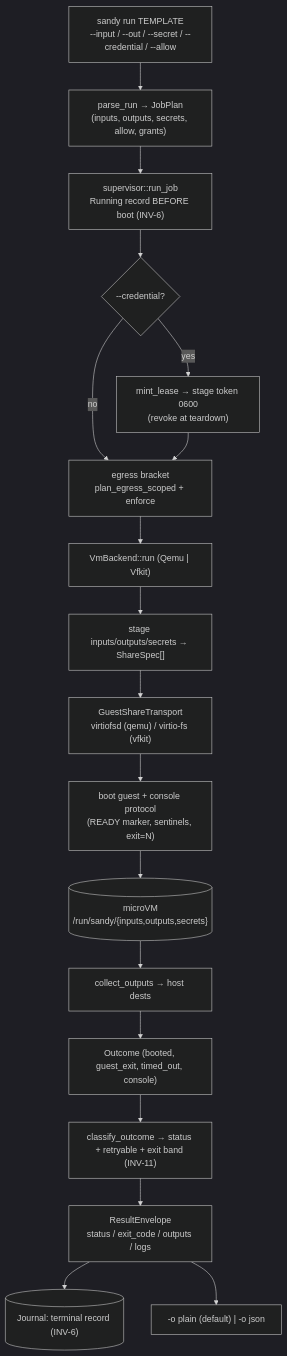
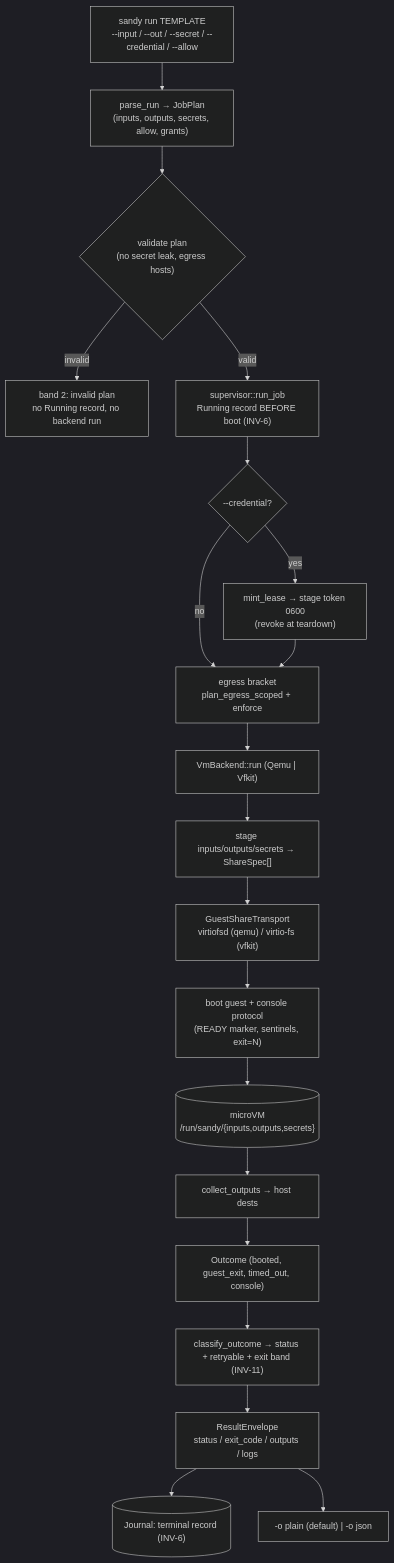
One commit to kauki-labs/sandy changed the first of 3 diagrams in docs/architecture/overview.md. Above: the diagram before and after it, drawn with Mermaid (dark theme). The commit also changed 1 other file, not shown here.

Commit message:
docs: show the invalid-plan validation gate in the run-pipeline diagram
run_job_core validates the plan (no-secret-leak, egress hosts) before
writing the Running record, returning band 2 with no journal record
and no backend run on failure. The diagram jumped straight from
parse_run to the Running record, skipping this gate entirely. Fixed
in both the README's copy and the original in overview.md.

````diff
--- a/docs/architecture/overview.md
+++ b/docs/architecture/overview.md
@@ -26,21 +26,23 @@
 ```mermaid
 flowchart TD
   cli["sandy run TEMPLATE<br/>--input / --out / --secret / --credential / --allow"]
   cli --> plan["parse_run → JobPlan<br/>(inputs, outputs, secrets, allow, grants)"]
-  plan --> sup["supervisor::run_job<br/>Running record BEFORE boot (INV-6)"]
+  plan --> validate{"validate plan<br/>(no secret leak, egress hosts)"}
+  validate -- invalid --> band2["band 2: invalid plan<br/>no Running record, no backend run"]
+  validate -- valid --> sup["supervisor::run_job<br/>Running record BEFORE boot (INV-6)"]
   sup --> cred{"--credential?"}
   cred -- yes --> mint["mint_lease → stage token 0600<br/>(revoke at teardown)"]
   cred -- no --> egress
   mint --> egress["egress bracket<br/>plan_egress_scoped + enforce"]
   egress --> run["VmBackend::run (Qemu | Vfkit)"]
   run --> stage["stage inputs/outputs/secrets → ShareSpec[]"]
   stage --> xport["GuestShareTransport<br/>virtiofsd (qemu) / virtio-fs (vfkit)"]
   xport --> boot["boot guest + console protocol<br/>(READY marker, sentinels, exit=N)"]
   boot --> guest[("microVM<br/>/run/sandy/{inputs,outputs,secrets}")]
   guest --> collect["collect_outputs → host dests"]
   collect --> outcome["Outcome (booted, guest_exit, timed_out, console)"]
   outcome --> classify["classify_outcome → status + retryable + exit band (INV-11)"]
   classify --> env["ResultEnvelope<br/>status / exit_code / outputs / logs"]
   env --> journal[("Journal: terminal record (INV-6)")]
   env --> render["-o plain (default) | -o json"]
 ```
````
